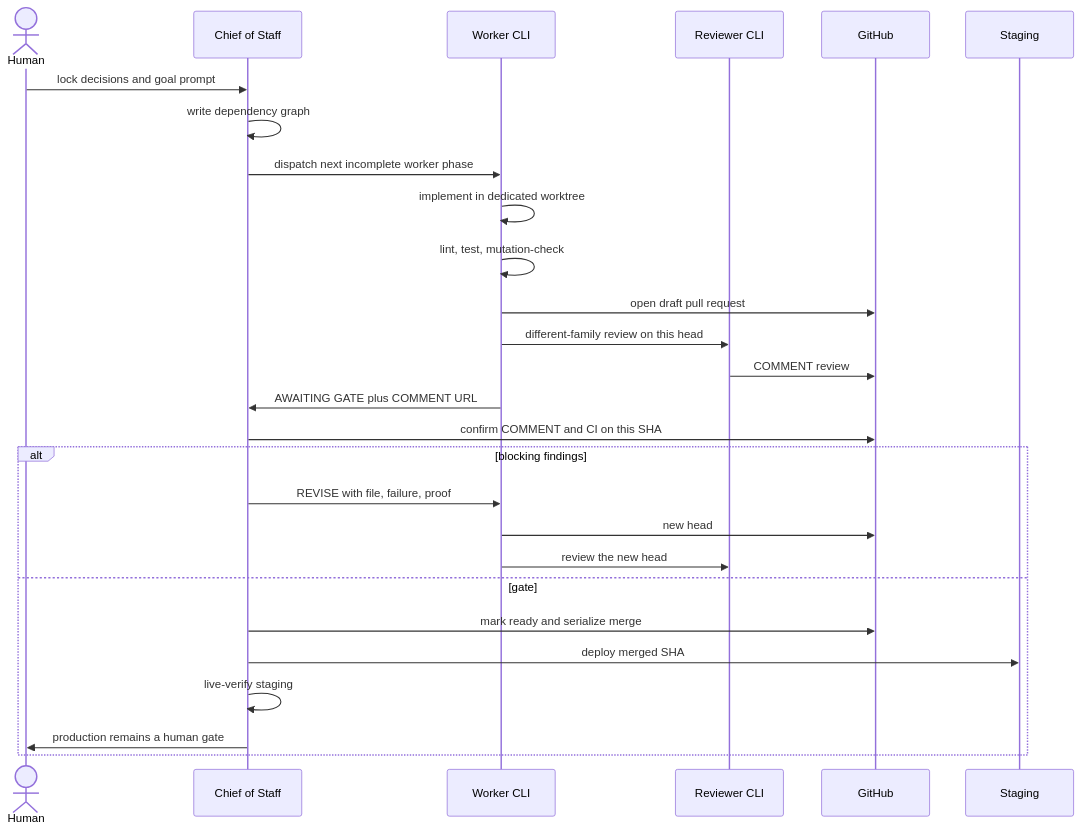
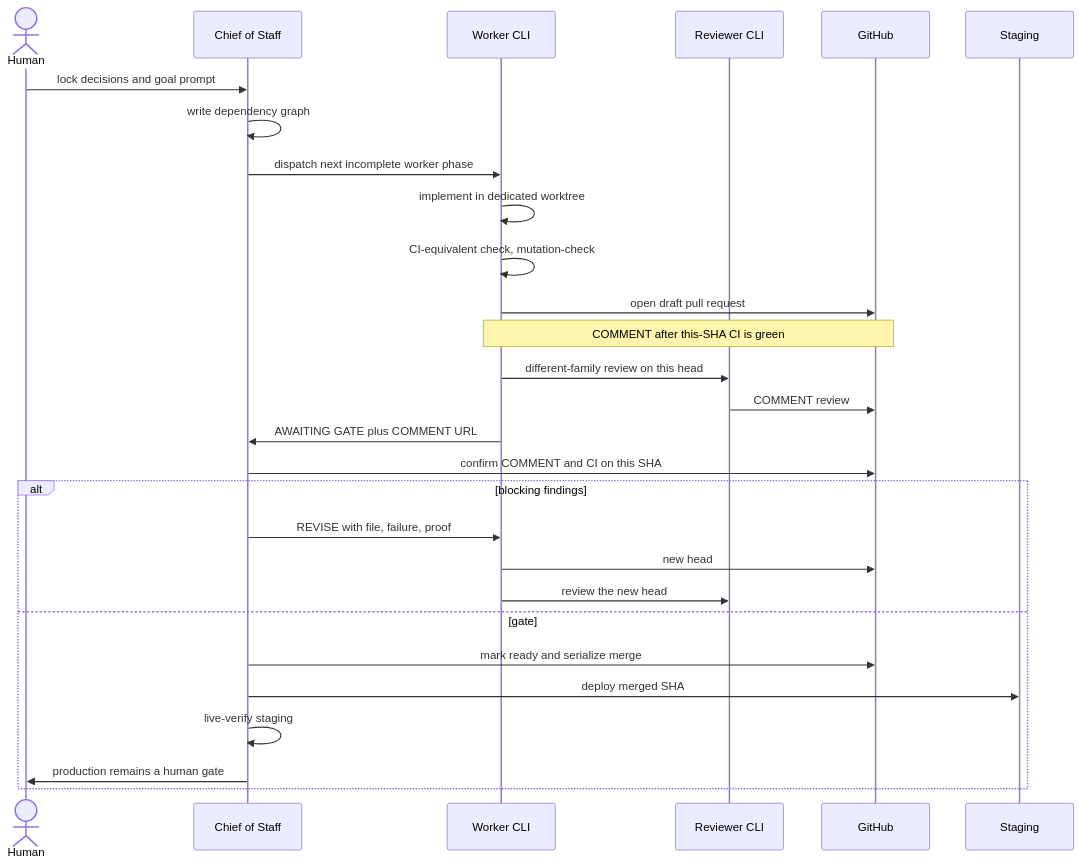
One commit to cortex-mesh/controller-playbook changed the second of 2 diagrams in docs/architecture.md. Above: the diagram before and after it, drawn with Mermaid. The commit also changed other lines of this file and 13 other files, not shown here.

First line of the commit message:
docs: require the product CI-equivalent check before push

````diff
--- a/docs/architecture.md
+++ b/docs/architecture.md
@@ -59,30 +59,31 @@
 ```mermaid
 sequenceDiagram
   actor Human
   participant CoS as Chief of Staff
   participant Worker as Worker CLI
   participant Rev as Reviewer CLI
   participant GH as GitHub
   participant Stage as Staging
 
   Human->>CoS: lock decisions and goal prompt
   CoS->>CoS: write dependency graph
   CoS->>Worker: dispatch next incomplete worker phase
   Worker->>Worker: implement in dedicated worktree
-  Worker->>Worker: lint, test, mutation-check
+  Worker->>Worker: CI-equivalent check, mutation-check
   Worker->>GH: open draft pull request
+  Note over Worker,GH: COMMENT after this-SHA CI is green
   Worker->>Rev: different-family review on this head
   Rev->>GH: COMMENT review
   Worker->>CoS: AWAITING GATE plus COMMENT URL
   CoS->>GH: confirm COMMENT and CI on this SHA
   alt blocking findings
     CoS->>Worker: REVISE with file, failure, proof
     Worker->>GH: new head
     Worker->>Rev: review the new head
   else gate
     CoS->>GH: mark ready and serialize merge
     CoS->>Stage: deploy merged SHA
     CoS->>CoS: live-verify staging
     CoS->>Human: production remains a human gate
   end
 ```
````
